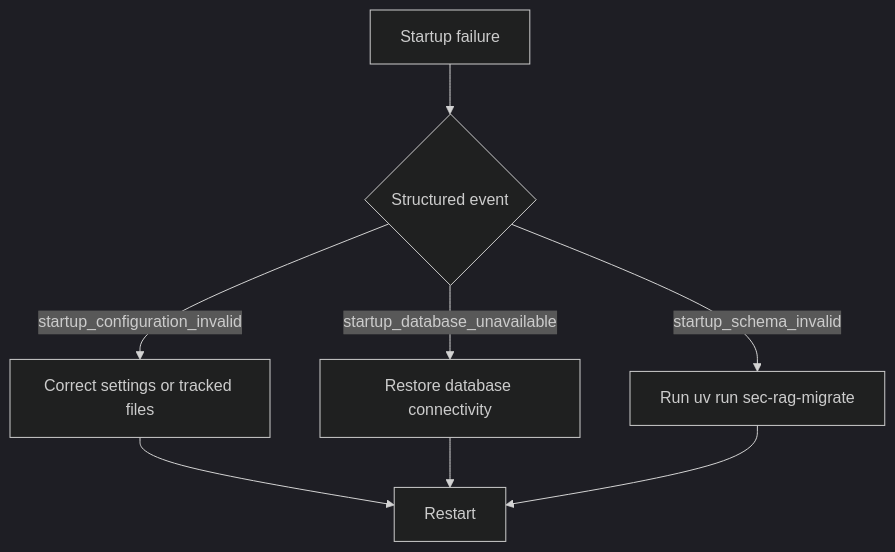
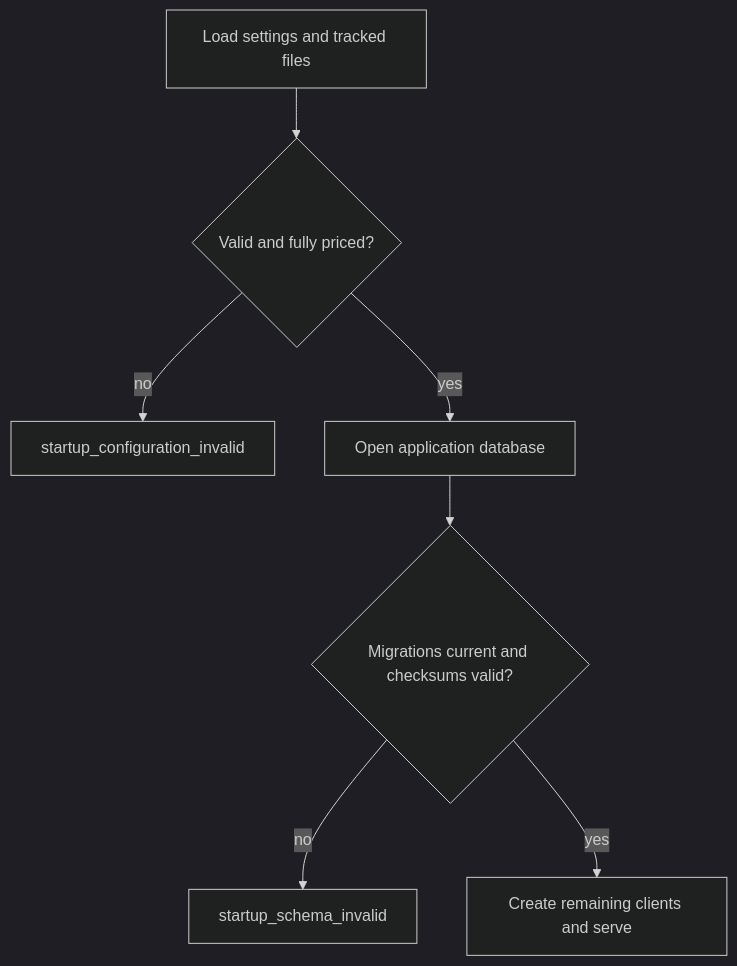
The diagram in docs/operations.md (hongchit/sec-filing-rag-poc), drawn with Mermaid (dark theme) before and after one commit. The commit also changed other lines of this file and 38 other files, not shown here.

````diff
--- a/docs/operations.md
+++ b/docs/operations.md
@@ -5,10 +10,9 @@
 ```mermaid
 flowchart TD
-  F[Startup failure] --> C{Structured event}
-  C -->|startup_configuration_invalid| E[Correct settings or tracked files]
-  C -->|startup_database_unavailable| D[Restore database connectivity]
-  C -->|startup_schema_invalid| M[Run uv run sec-rag-migrate]
-  E --> R[Restart]
-  D --> R
-  M --> R
+  F[Load settings and tracked files] --> C{Valid and fully priced?}
+  C -- no --> X[startup_configuration_invalid]
+  C -- yes --> D[Open application database]
+  D --> M{Migrations current and checksums valid?}
+  M -- no --> Y[startup_schema_invalid]
+  M -- yes --> R[Create remaining clients and serve]
 ```
````
